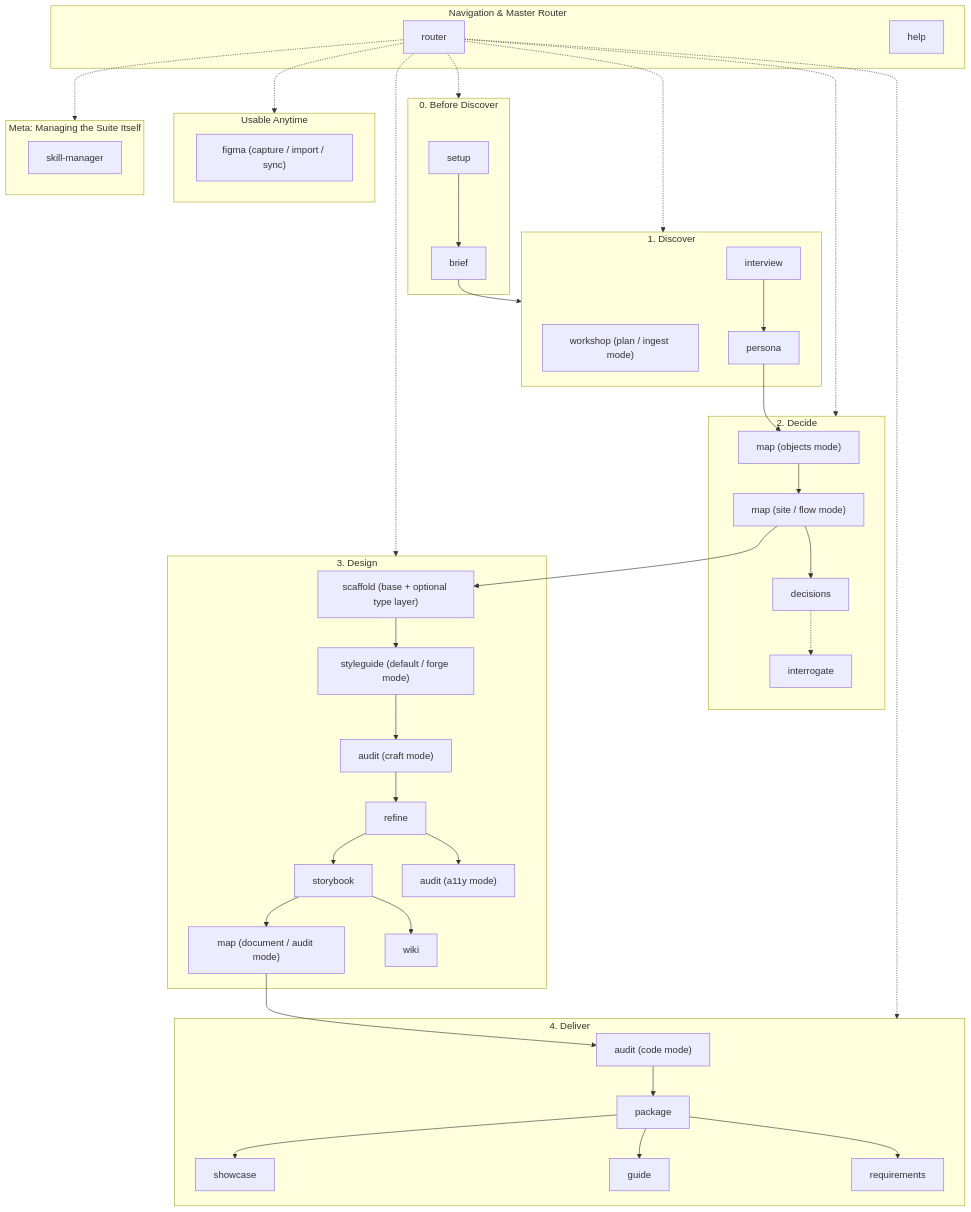
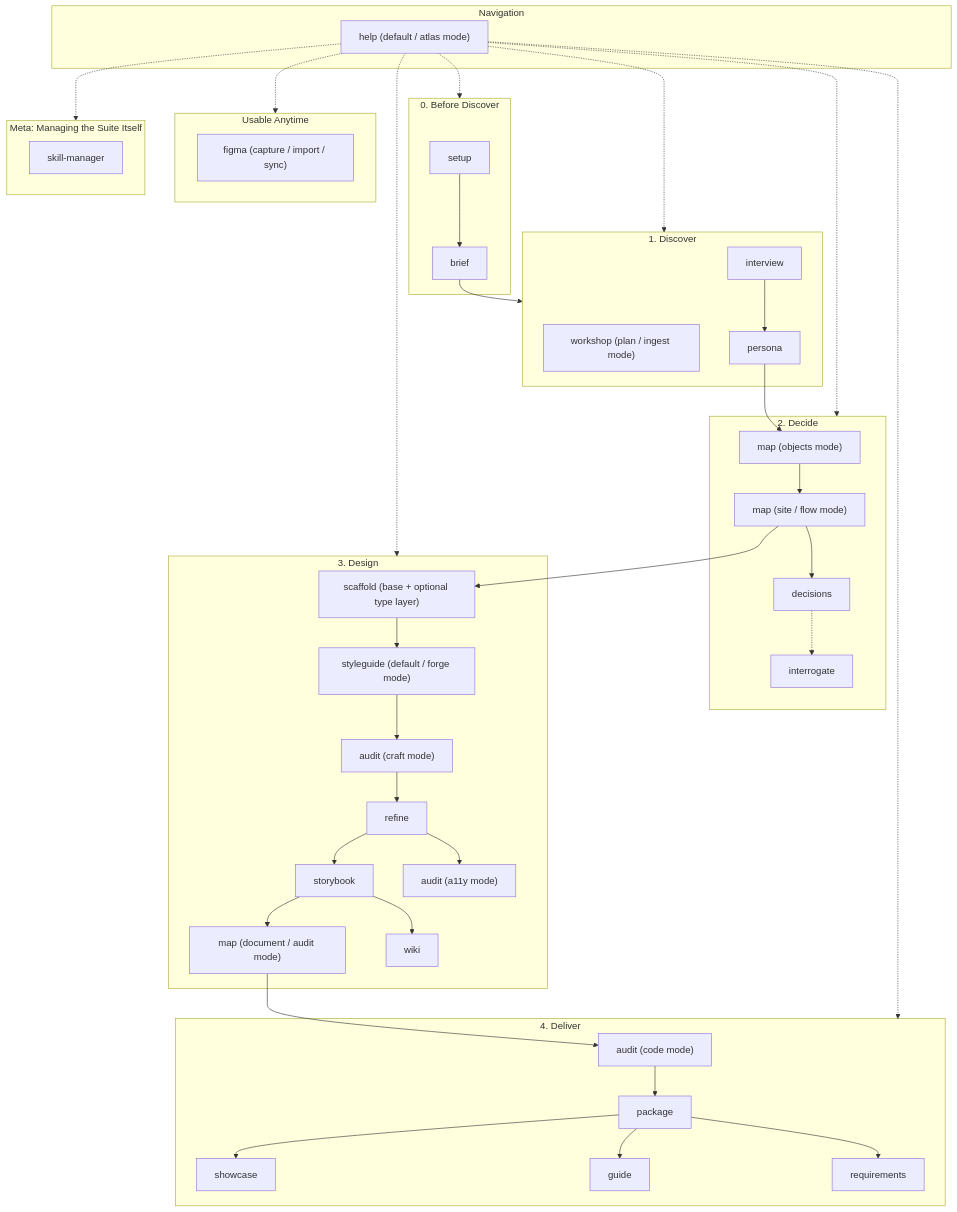
The diagram in AGENTS.md (RPalis/AIXLab-Atlas), drawn with Mermaid before and after one commit. The commit also changed other lines of this file and 7 other files, not shown here.

First line of the commit message:
Merge router into help as an atlas mode; enforce standard markdown links; redesign atlas page

````diff
--- a/AGENTS.md
+++ b/AGENTS.md
@@ -15,59 +15,58 @@
 ```mermaid
 flowchart TD
-    subgraph Router ["Navigation & Master Router"]
-        R0[router]
-        RH[help]
+    subgraph Router ["Navigation"]
+        RH["help (default / atlas mode)"]
     end
 
     subgraph Before ["0. Before Discover"]
         P00[setup] --> P00B[brief]
     end
 
     subgraph Discover ["1. Discover"]
         P0W["workshop (plan / ingest mode)"]
         P0U[interview] --> P1[persona]
     end
 
     subgraph Decide ["2. Decide"]
         P1 --> P2["map (objects mode)"]
         P2 --> P2B["map (site / flow mode)"]
         P2B --> P7B[decisions]
         P7B -.-> P7C[interrogate]
     end
 
     subgraph Design ["3. Design"]
         P2B --> P3["scaffold (base + optional type layer)"]
         P3 --> P4["styleguide (default / forge mode)"]
         P4 --> PCA["audit (craft mode)"]
         PCA --> P5[refine]
         P5 --> P6[storybook]
         P6 --> P7["map (document / audit mode)"]
         P5 --> P7D["audit (a11y mode)"]
         P6 --> P7F[wiki]
     end
 
     subgraph Deliver ["4. Deliver"]
         P7 --> P8["audit (code mode)"]
         P8 --> P9[package]
         P9 --> P9B[showcase]
         P9 --> P9C[guide]
         P9 --> P9D[requirements]
     end
 
     subgraph Anytime ["Usable Anytime"]
         FIG["figma (capture / import / sync)"]
     end
 
     subgraph Meta ["Meta: Managing the Suite Itself"]
         SM[skill-manager]
     end
 
     P00B --> Discover
-    R0 -.-> Before
-    R0 -.-> Discover
-    R0 -.-> Decide
-    R0 -.-> Design
-    R0 -.-> Deliver
-    R0 -.-> Anytime
-    R0 -.-> Meta
+    RH -.-> Before
+    RH -.-> Discover
+    RH -.-> Decide
+    RH -.-> Design
+    RH -.-> Deliver
+    RH -.-> Anytime
+    RH -.-> Meta
 ```
````
